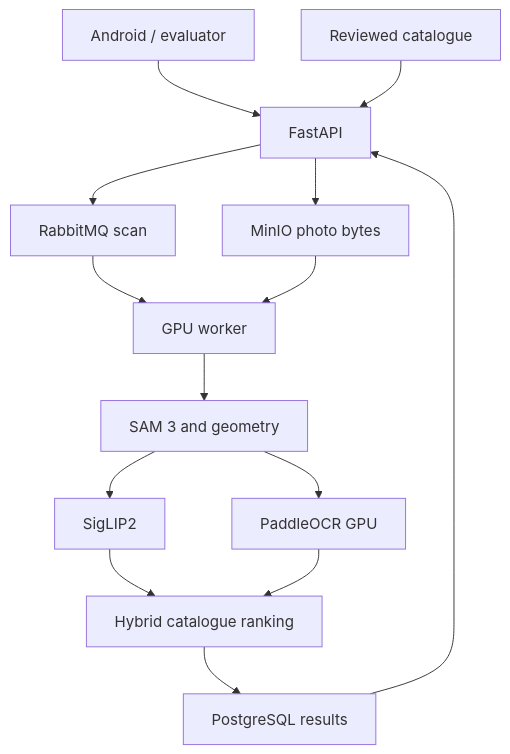
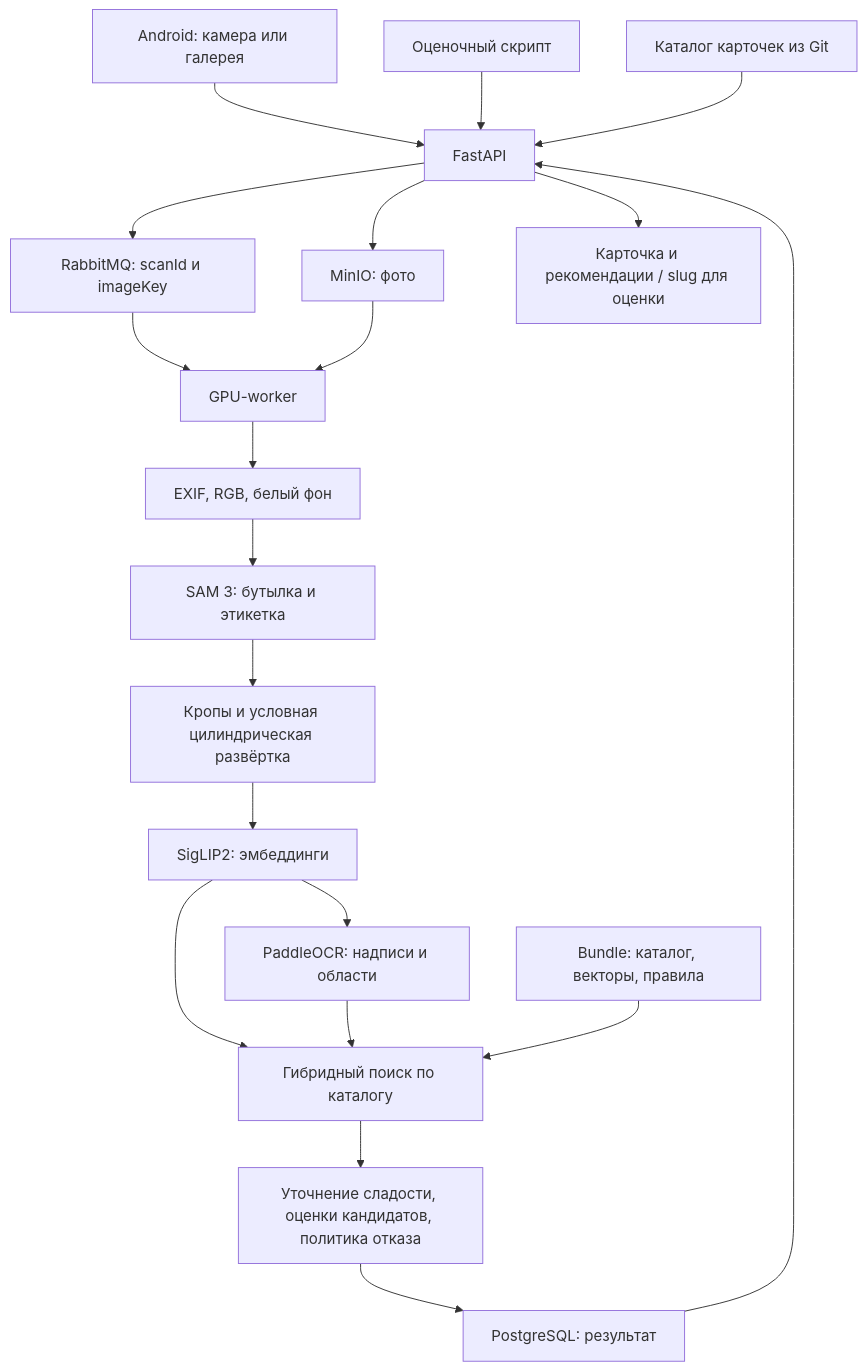
The diagram in docs/architecture.mmd (sudo00/champions_rshb), drawn with Mermaid before and after one commit. The commit also changed 19 other files, not shown here.

```diff
--- a/docs/architecture.mmd
+++ b/docs/architecture.mmd
@@ -1,14 +1,20 @@
 flowchart TD
-    Client[Android / evaluator] --> API[FastAPI]
-    API --> Storage[MinIO photo bytes]
-    API --> Queue[RabbitMQ scan]
-    Queue --> Worker[GPU worker]
-    Storage --> Worker
-    Worker --> SAM[SAM 3 and geometry]
-    SAM --> Vision[SigLIP2]
-    SAM --> OCR[PaddleOCR GPU]
-    Vision --> Ranking[Hybrid catalogue ranking]
-    OCR --> Ranking
-    Ranking --> DB[PostgreSQL results]
+    Android["Android: камера или галерея"] --> API["FastAPI"]
+    Eval["Оценочный скрипт"] --> API
+    API --> Photos["MinIO: фото"]
+    API --> Queue["RabbitMQ: scanId и imageKey"]
+    Queue --> Worker["GPU-worker"]
+    Photos --> Worker
+    Worker --> Normalize["EXIF, RGB, белый фон"]
+    Normalize --> SAM["SAM 3: бутылка и этикетка"]
+    SAM --> Views["Кропы и условная цилиндрическая развёртка"]
+    Views --> SigLIP["SigLIP2: эмбеддинги"]
+    SigLIP --> OCR["PaddleOCR: надписи и области"]
+    SigLIP --> Rank["Гибридный поиск по каталогу"]
+    OCR --> Rank
+    Index["Bundle: каталог, векторы, правила"] --> Rank
+    Rank --> Policy["Уточнение сладости, оценки кандидатов, политика отказа"]
+    Policy --> DB["PostgreSQL: результат"]
     DB --> API
-    Catalogue[Reviewed catalogue] --> API
+    Catalogue["Каталог карточек из Git"] --> API
+    API --> Card["Карточка и рекомендации / slug для оценки"]
```
